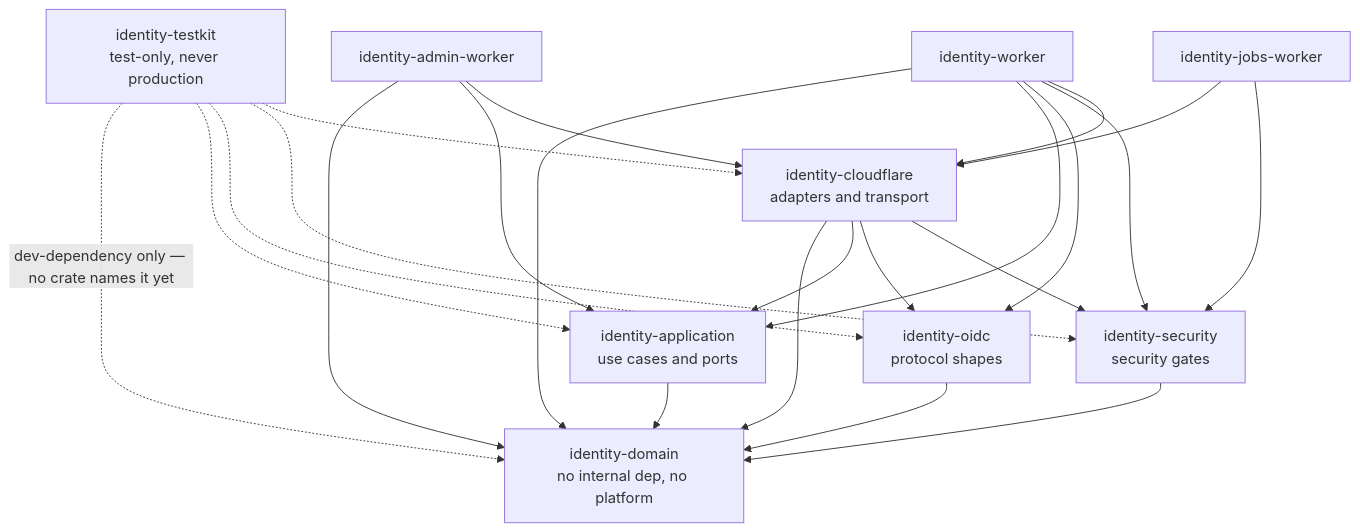
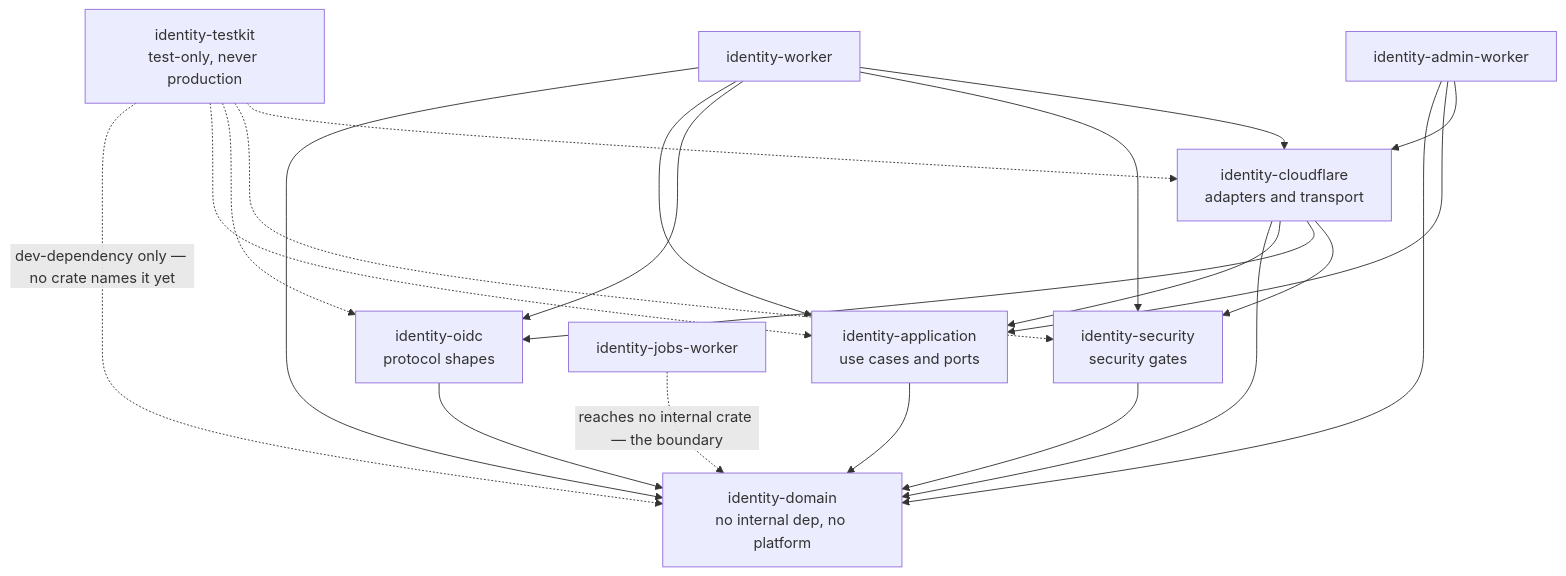
Before and after one commit to ecoma-io/ecoma-identity: the diagram in docs/architecture/crate-dependency-law.md, drawn with Mermaid. The commit also changed other lines of this file and 2 other files, not shown here.

First line of the commit message:
fix(docs): stop describing a closed boundary as an open violation

````diff
--- a/docs/architecture/crate-dependency-law.md
+++ b/docs/architecture/crate-dependency-law.md
@@ -31,35 +32,34 @@
 ```mermaid
 flowchart TD
   DOM["identity-domain<br/>no internal dep, no platform"]
   APP["identity-application<br/>use cases and ports"]
   OIDC["identity-oidc<br/>protocol shapes"]
   SEC["identity-security<br/>security gates"]
   CF["identity-cloudflare<br/>adapters and transport"]
   TK["identity-testkit<br/>test-only, never production"]
   W["identity-worker"]
   AW["identity-admin-worker"]
   JW["identity-jobs-worker"]
 
   APP --> DOM
   OIDC --> DOM
   SEC --> DOM
   CF --> DOM
   CF --> APP
   CF --> OIDC
   CF --> SEC
   TK -.->|"dev-dependency only — no crate names it yet"| DOM
   TK -.-> APP
   TK -.-> OIDC
   TK -.-> SEC
   TK -.-> CF
   W --> DOM
   W --> APP
   W --> OIDC
   W --> SEC
   W --> CF
   AW --> DOM
   AW --> APP
   AW --> CF
-  JW --> CF
-  JW --> SEC
+  JW -.->|"reaches no internal crate — the boundary"| DOM
 ```
````
